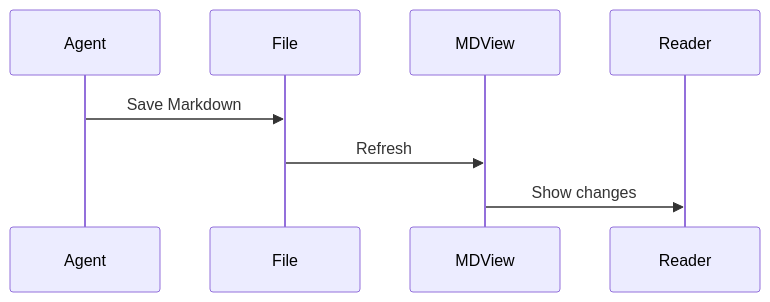
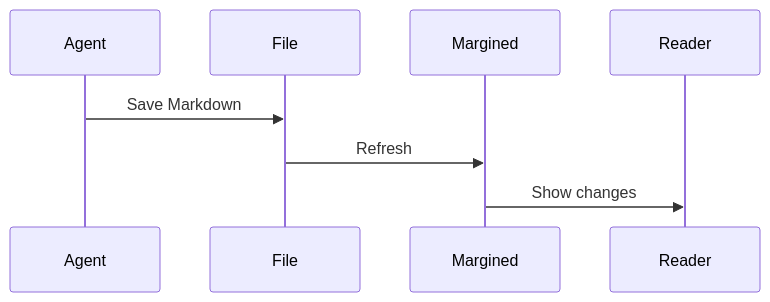
Before and after one commit to HighGainDesign/MDView: the second of 3 diagrams in Fixtures/Rendering.md, drawn with Mermaid. The commit also changed other lines of this file and 91 other files, not shown here.

Commit message:
Rename MDView to Margined and define the 2.0 roadmap

````diff
--- a/Fixtures/Rendering.md
+++ b/Fixtures/Rendering.md
@@ -45,7 +45,7 @@
 ```mermaid
 sequenceDiagram
     accTitle: Live updates
     Agent->>File: Save Markdown
-    File->>MDView: Refresh
-    MDView->>Reader: Show changes
+    File->>Margined: Refresh
+    Margined->>Reader: Show changes
 ```
````
